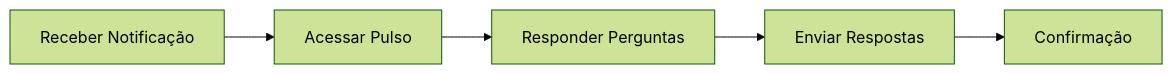
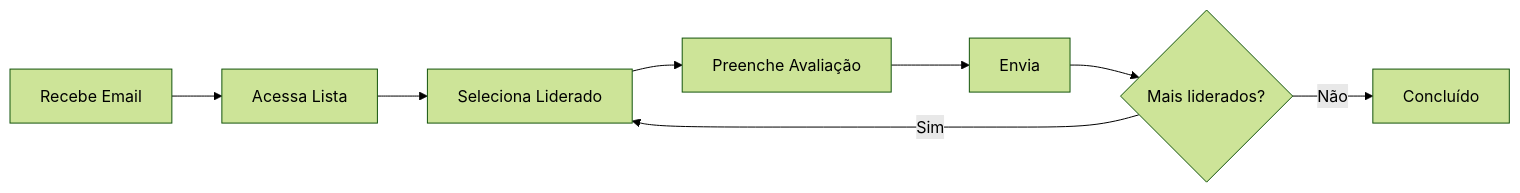
Before and after one commit to leapy-edtech/docs: the fourth of 6 diagrams in documentation/domains/pulses/journeys.mdx, drawn with Mermaid (forest theme). The commit also changed other lines of this file and 3 other files, not shown here.

````diff
--- a/documentation/domains/pulses/journeys.mdx
+++ b/documentation/domains/pulses/journeys.mdx
@@ -42,7 +192,10 @@
 ```mermaid
 flowchart LR
-    A[Receber Notificação] --> B[Acessar Pulso]
-    B --> C[Responder Perguntas]
-    C --> D[Enviar Respostas]
-    D --> E[Confirmação]
+    A[Recebe Email] --> B[Acessa Lista]
+    B --> C[Seleciona Liderado]
+    C --> D[Preenche Avaliação]
+    D --> E[Envia]
+    E --> F{Mais liderados?}
+    F -->|Sim| C
+    F -->|Não| G[Concluído]
 ```
````
